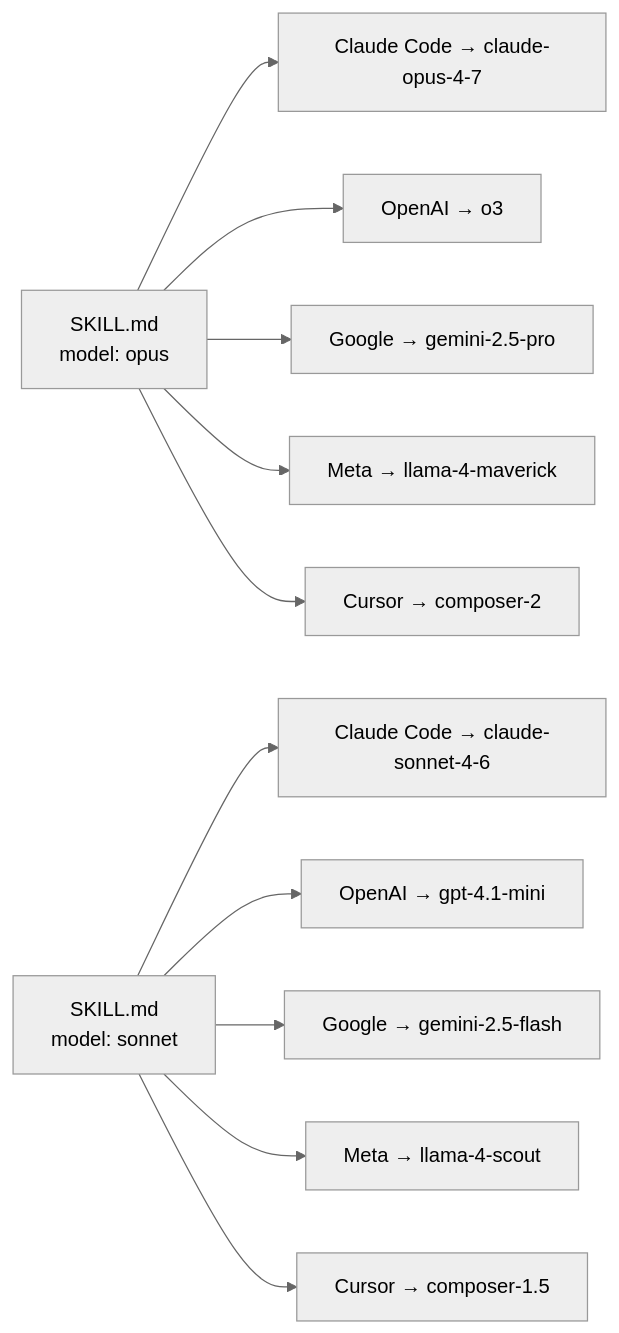
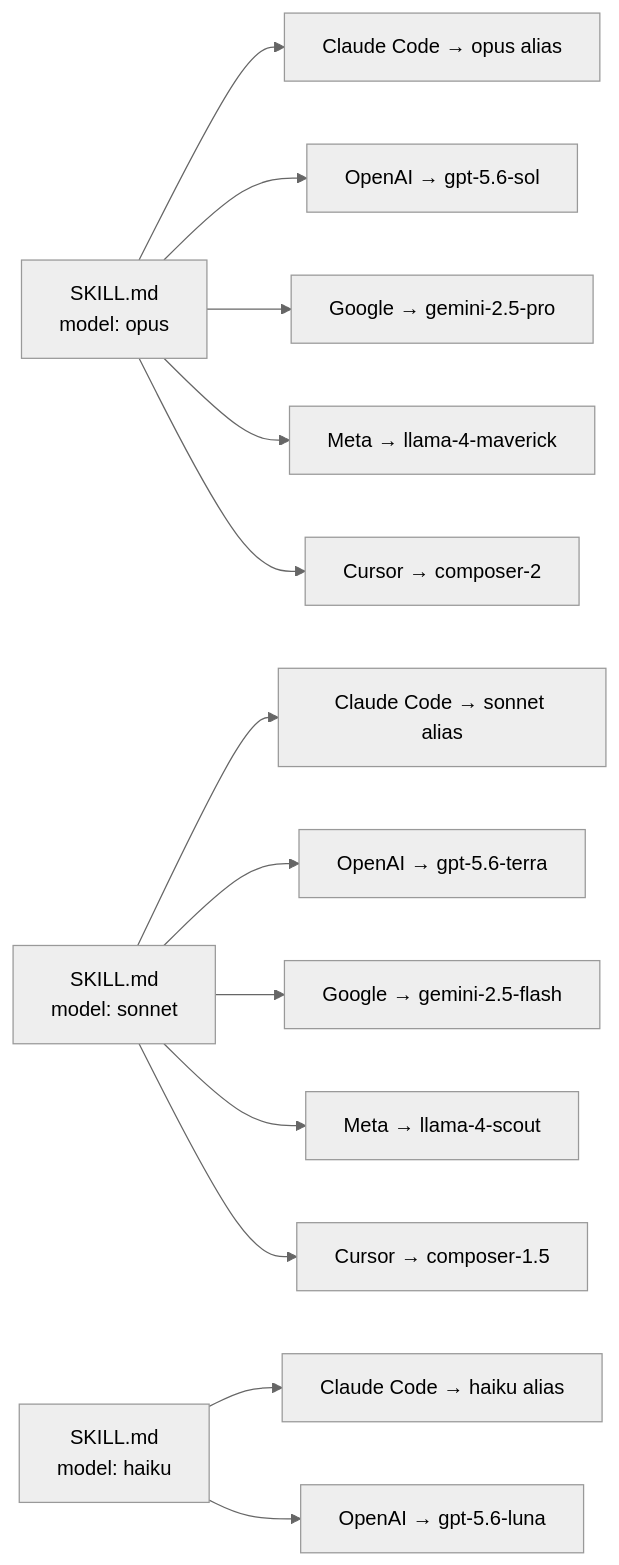
The fourth of 4 diagrams in docs/architecture.md (whizzzkid/skills), drawn with Mermaid (neutral theme) before and after one commit. The commit also changed other lines of this file and 137 other files, not shown here.

First line of the commit message:
fix(skills): 🛡️ preserve Claude-safe model routing

````diff
--- a/docs/architecture.md
+++ b/docs/architecture.md
@@ -139,16 +140,20 @@
 ```mermaid
 flowchart LR
     SK[SKILL.md<br/>model: opus]
-    SK --> CC[Claude Code → claude-opus-4-7]
-    SK --> OA[OpenAI → o3]
+    SK --> CC[Claude Code → opus alias]
+    SK --> OA[OpenAI → gpt-5.6-sol]
     SK --> GG[Google → gemini-2.5-pro]
     SK --> ME[Meta → llama-4-maverick]
     SK --> CU[Cursor → composer-2]
 
     SK2[SKILL.md<br/>model: sonnet]
-    SK2 --> CC2[Claude Code → claude-sonnet-4-6]
-    SK2 --> OA2[OpenAI → gpt-4.1-mini]
+    SK2 --> CC2[Claude Code → sonnet alias]
+    SK2 --> OA2[OpenAI → gpt-5.6-terra]
     SK2 --> GG2[Google → gemini-2.5-flash]
     SK2 --> ME2[Meta → llama-4-scout]
     SK2 --> CU2[Cursor → composer-1.5]
+
+    SK3[SKILL.md<br/>model: haiku]
+    SK3 --> CC3[Claude Code → haiku alias]
+    SK3 --> OA3[OpenAI → gpt-5.6-luna]
 ```
````
